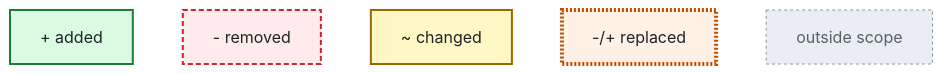
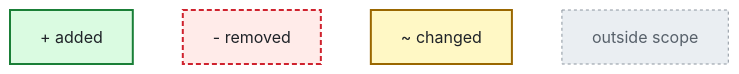
Before and after one commit to knwoop/see-it: the diagram in skills/see-it/templates/common.mmd, drawn with Mermaid. The commit also changed 16 other files, not shown here.

First line of the commit message:
Simplify the skill to: read input, draw diagrams, check they render

```diff
--- a/skills/see-it/templates/common.mmd
+++ b/skills/see-it/templates/common.mmd
@@ -1,25 +1,11 @@
 %% common.mmd: shared styles and the legend. Edit this file to restyle every diagram.
-%% 1. Copy the classDef lines below into every flowchart, stateDiagram-v2, and classDiagram.
-%% 2. When a file has any diff styling, put this whole diagram (minus %% comments) first,
-%%    under the heading "## Legend". The legend does not count toward the 1-3 diagrams.
-%%    Keep only the legend nodes for classes the file actually uses.
-%% Label markers (always pair color with a marker, never color alone):
-%%   added "+ "   removed "- "   changed "~ "
-%%   replace, destroy then create "-/+ "   replace, create then destroy "+/- "
-%%   boundary: no marker, grey only
-%% Node numbers: "(N) " at the start of a label, before the marker, e.g. "(3) + retry loop".
-%% N maps to item N of the source list under the diagram. Numbers restart at 1 per diagram.
-%% Removed edges: dashed arrow (-.->) plus linkStyle <index> stroke:#cf222e.
-%% linkStyle counts edges in declaration order from 0, so declare removed edges last.
 flowchart TB
   added["+ added"]:::added
   removed["- removed"]:::removed
   changed["~ changed"]:::changed
-  replace["-/+ replaced"]:::replace
   boundary["outside scope"]:::boundary
 
   classDef added fill:#dafbe1,stroke:#1a7f37,stroke-width:2px,color:#1f2328
   classDef removed fill:#ffebe9,stroke:#cf222e,stroke-width:2px,stroke-dasharray:5 3,color:#1f2328
   classDef changed fill:#fff8c5,stroke:#9a6700,stroke-width:2px,color:#1f2328
-  classDef replace fill:#fff1e5,stroke:#bc4c00,stroke-width:4px,stroke-dasharray:2 2,color:#1f2328
   classDef boundary fill:#eaeef2,stroke:#8c959f,stroke-dasharray:3 3,color:#57606a
```
